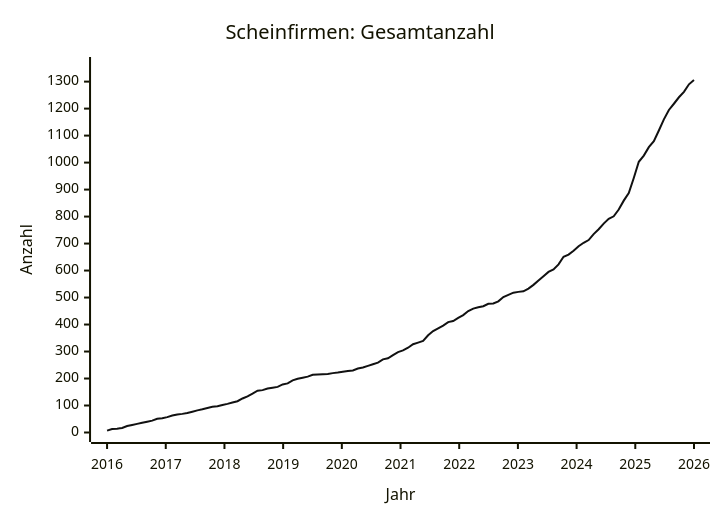
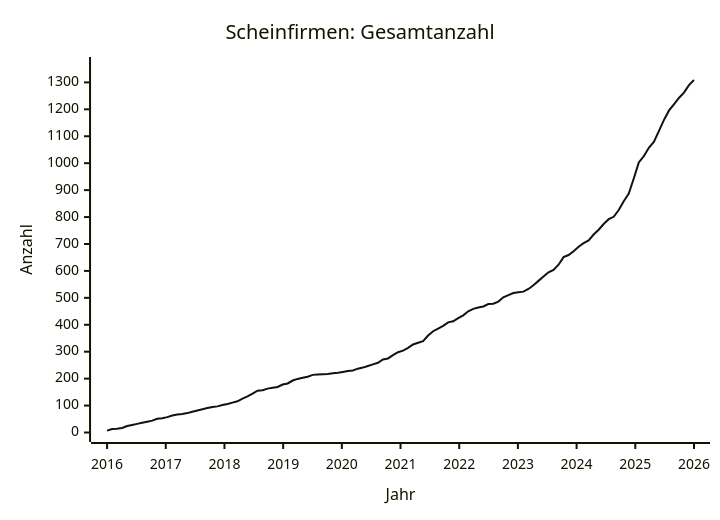
The diagram in data/STATS.md (arjoma/scheinfirmen-at), drawn with Mermaid before and after one commit. The commit also changed other lines of this file and 3 other files, not shown here.

````diff
--- a/data/STATS.md
+++ b/data/STATS.md
@@ -9,13 +9,13 @@
 ```mermaid
 ---
 config:
   themeVariables:
     xyChart:
       plotColorPalette: "#111111"
 ---
 xychart-beta
     title "Scheinfirmen: Gesamtanzahl"
     x-axis "Jahr" 2016 --> 2026
-    y-axis "Anzahl" 0 --> 1356
-    line [7, 13, 14, 17, 24, 28, 32, 36, 40, 44, 51, 53, 57, 63, 67, 69, 72, 77, 82, 86, 91, 95, 97, 102, 106, 111, 116, 126, 134, 144, 155, 157, 163, 166, 169, 178, 182, 193, 199, 203, 207, 214, 215, 216, 217, 220, 222, 225, 228, 230, 237, 241, 247, 253, 259, 271, 275, 287, 298, 304, 314, 327, 333, 339, 360, 376, 386, 396, 409, 413, 425, 435, 450, 459, 464, 468, 477, 478, 486, 502, 510, 518, 521, 523, 533, 547, 563, 579, 595, 604, 623, 651, 659, 673, 690, 703, 713, 735, 753, 774, 792, 801, 826, 859, 887, 943, 1003, 1026, 1057, 1079, 1119, 1160, 1195, 1218, 1242, 1262, 1290, 1306]
+    y-axis "Anzahl" 0 --> 1359
+    line [7, 13, 14, 17, 24, 28, 32, 36, 40, 44, 51, 53, 57, 63, 67, 69, 72, 77, 82, 86, 91, 95, 97, 102, 106, 111, 116, 126, 134, 144, 155, 157, 163, 166, 169, 178, 182, 193, 199, 203, 207, 214, 215, 216, 217, 220, 222, 225, 228, 230, 237, 241, 247, 253, 259, 271, 275, 287, 298, 304, 314, 327, 333, 339, 360, 376, 386, 396, 409, 413, 425, 435, 450, 459, 464, 468, 477, 478, 486, 502, 510, 518, 521, 523, 533, 547, 563, 579, 595, 604, 623, 651, 659, 673, 690, 703, 713, 735, 753, 774, 792, 801, 826, 859, 887, 943, 1003, 1026, 1057, 1079, 1119, 1160, 1195, 1218, 1242, 1262, 1290, 1309]
 ```
````
